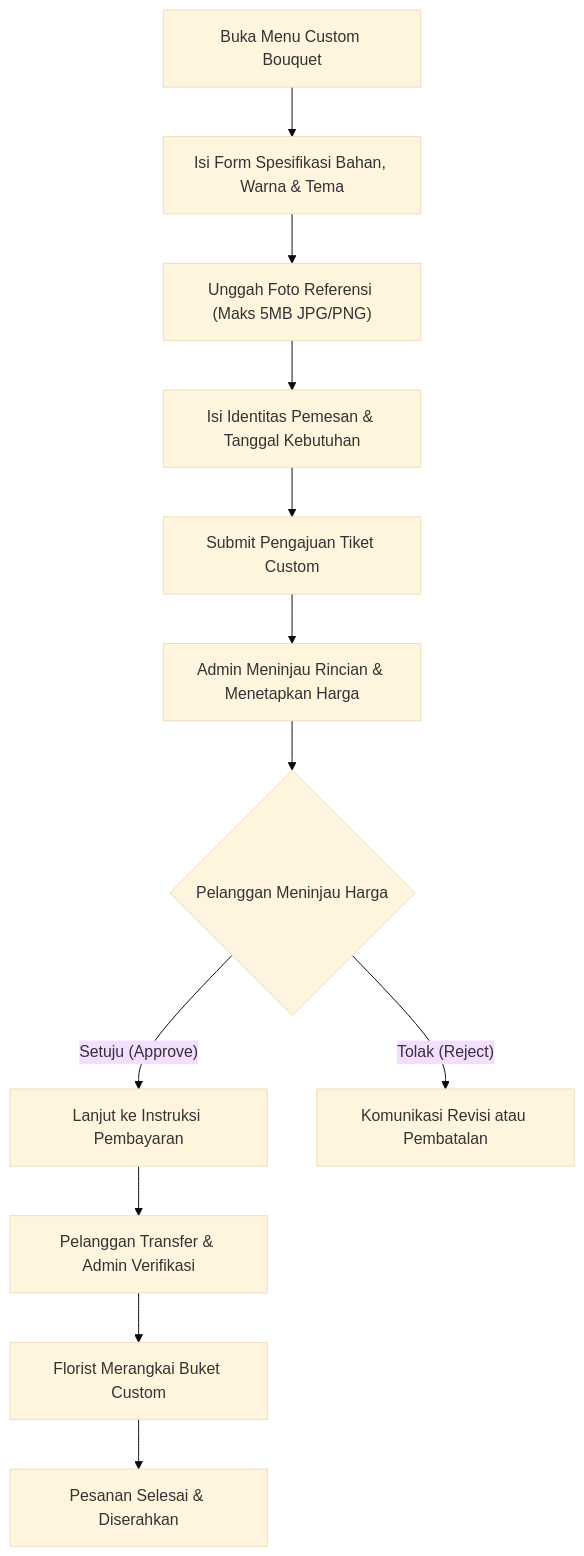
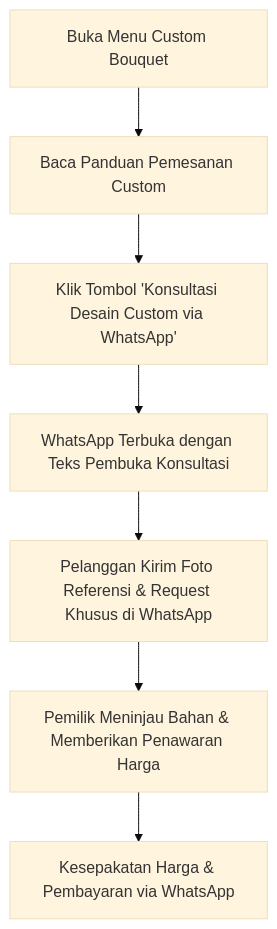
The third of 3 diagrams in prd.md (Elfend11/buketbunga), drawn with Mermaid (base theme) before and after one commit. The commit also changed other lines of this file and 89 other files, not shown here.

````diff
--- a/prd.md
+++ b/prd.md
@@ -254,14 +257,9 @@
 ```mermaid
 flowchart TD
-    A["Buka Menu Custom Bouquet"] --> B["Isi Form Spesifikasi Bahan, Warna & Tema"]
-    B --> C["Unggah Foto Referensi (Maks 5MB JPG/PNG)"]
-    C --> D["Isi Identitas Pemesan & Tanggal Kebutuhan"]
-    D --> E["Submit Pengajuan Tiket Custom"]
-    E --> F["Admin Meninjau Rincian & Menetapkan Harga"]
-    F --> G{"Pelanggan Meninjau Harga"}
-    G -- "Setuju (Approve)" --> H["Lanjut ke Instruksi Pembayaran"]
-    G -- "Tolak (Reject)" --> I["Komunikasi Revisi atau Pembatalan"]
-    H --> J["Pelanggan Transfer & Admin Verifikasi"]
-    J --> K["Florist Merangkai Buket Custom"]
-    K --> L["Pesanan Selesai & Diserahkan"]
+    A["Buka Menu Custom Bouquet"] --> B["Baca Panduan Pemesanan Custom"]
+    B --> C["Klik Tombol 'Konsultasi Desain Custom via WhatsApp'"]
+    C --> D["WhatsApp Terbuka dengan Teks Pembuka Konsultasi"]
+    D --> E["Pelanggan Kirim Foto Referensi & Request Khusus di WhatsApp"]
+    E --> F["Pemilik Meninjau Bahan & Memberikan Penawaran Harga"]
+    F --> G["Kesepakatan Harga & Pembayaran via WhatsApp"]
 ```
````
